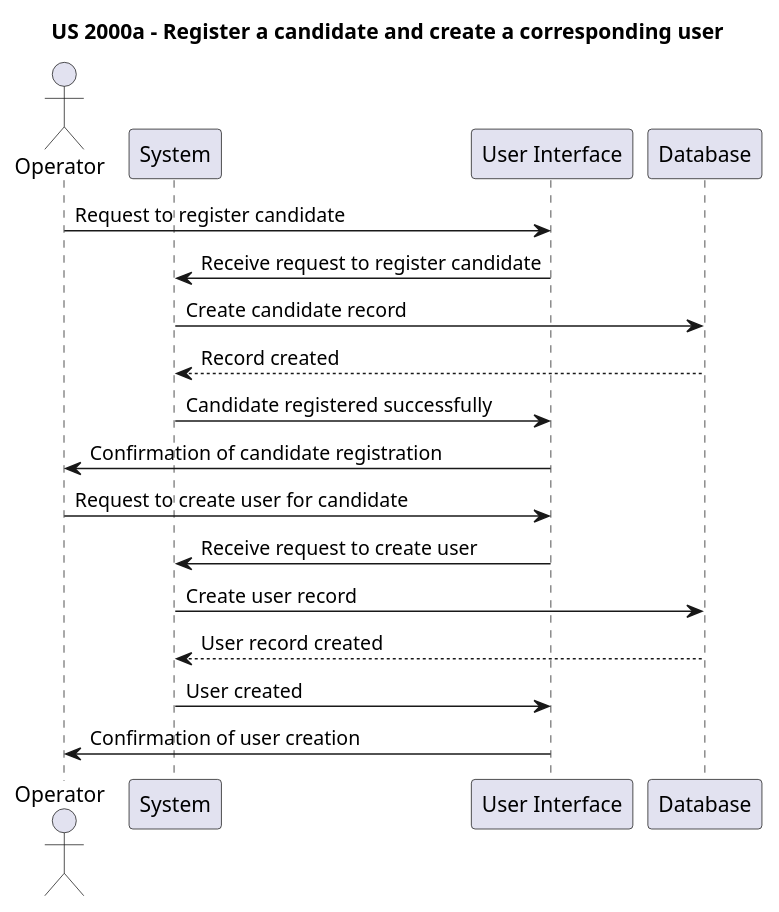
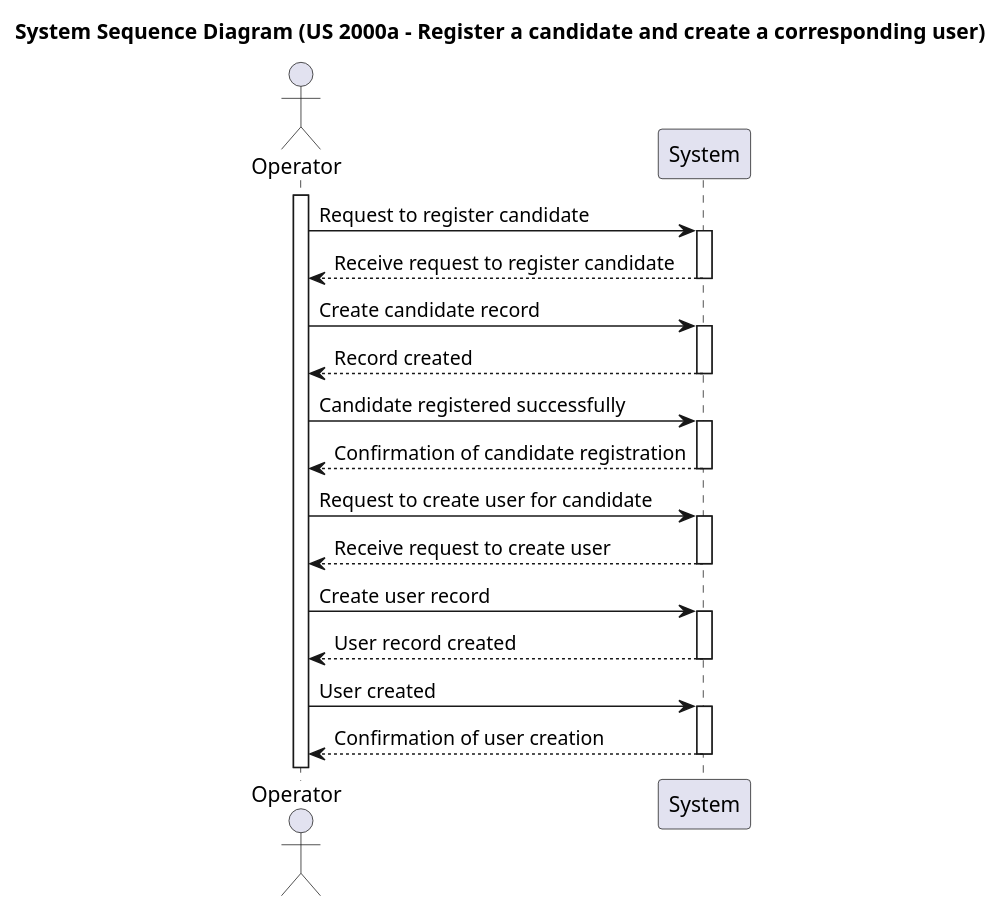
One commit to marcoferreira37/Lapr4 changed the diagram in docs/sprintB/2000a/01.requirements-engineering/puml/2000a-system-sequence-diagram.puml. Above: the diagram before and after it, drawn with PlantUML. The commit also changed 3 other files, not shown here.

Commit message:
#18 system sequence diagram final changes

```diff
--- a/docs/sprintB/2000a/01.requirements-engineering/puml/2000a-system-sequence-diagram.puml
+++ b/docs/sprintB/2000a/01.requirements-engineering/puml/2000a-system-sequence-diagram.puml
@@ -1,22 +1,33 @@
 @startuml
-title US 2000a - Register a candidate and create a corresponding user
+title System Sequence Diagram (US 2000a - Register a candidate and create a corresponding user)
 
 actor Operator as Operator
 participant System as "System"
-participant UI as "User Interface"
-participant DB as "Database"
 
-Operator -> UI: Request to register candidate
-UI -> System: Receive request to register candidate
-System -> DB: Create candidate record
-DB --> System: Record created
-System -> UI: Candidate registered successfully
-UI -> Operator: Confirmation of candidate registration
-Operator -> UI: Request to create user for candidate
-UI -> System: Receive request to create user
-System -> DB: Create user record
-DB --> System: User record created
-System -> UI: User created
-UI -> Operator: Confirmation of user creation
+activate Operator
+Operator -> System: Request to register candidate
+activate System
+System --> Operator: Receive request to register candidate
+deactivate System
+Operator -> System: Create candidate record
+activate System
+System --> Operator: Record created
+deactivate System
+Operator -> System: Candidate registered successfully
+activate System
+System --> Operator: Confirmation of candidate registration
+deactivate System
+Operator -> System: Request to create user for candidate
+activate System
+System --> Operator: Receive request to create user
+deactivate System
+Operator -> System: Create user record
+activate System
+System --> Operator: User record created
+deactivate System
+Operator -> System: User created
+activate System
+System --> Operator: Confirmation of user creation
+deactivate System
 
 @enduml
```
